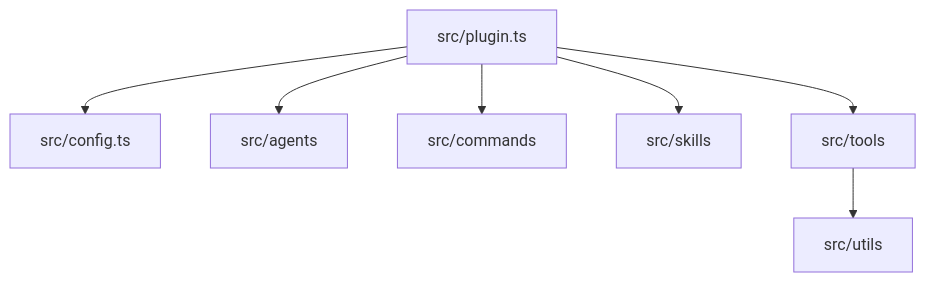
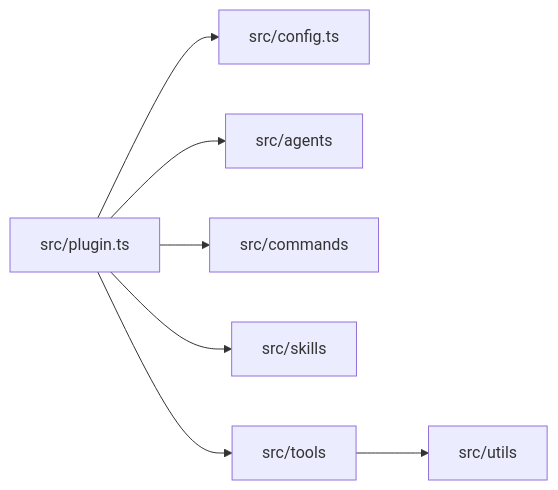
One commit to ahumandev/autocode changed the fourth of 4 diagrams in README.md. Above: the diagram before and after it, drawn with Mermaid. The commit also changed other lines of this file, not shown here.

````diff
--- a/README.md
+++ b/README.md
@@ -320,9 +319,9 @@
 ```mermaid
-flowchart TD
+flowchart LR
   Plugin[src/plugin.ts] --> Config[src/config.ts]
   Plugin --> Agents[src/agents]
   Plugin --> Commands[src/commands]
   Plugin --> Skills[src/skills]
   Plugin --> Tools[src/tools]
   Tools --> Utils[src/utils]
 ```
````
